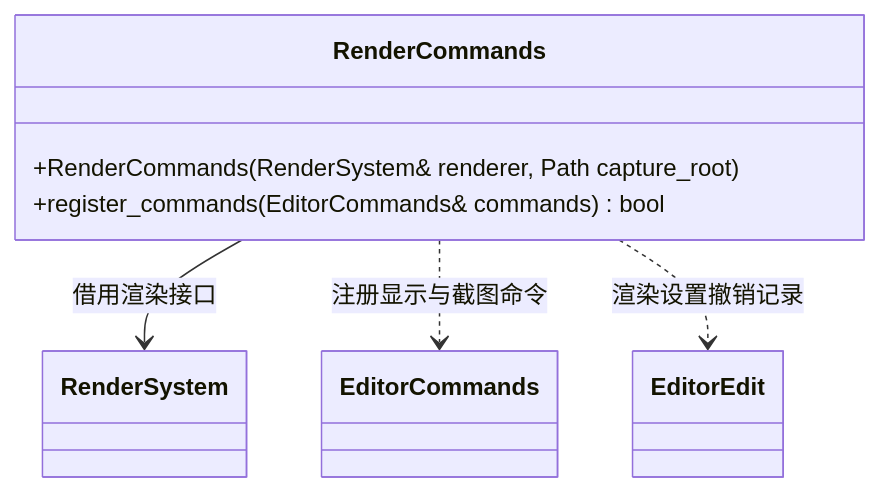
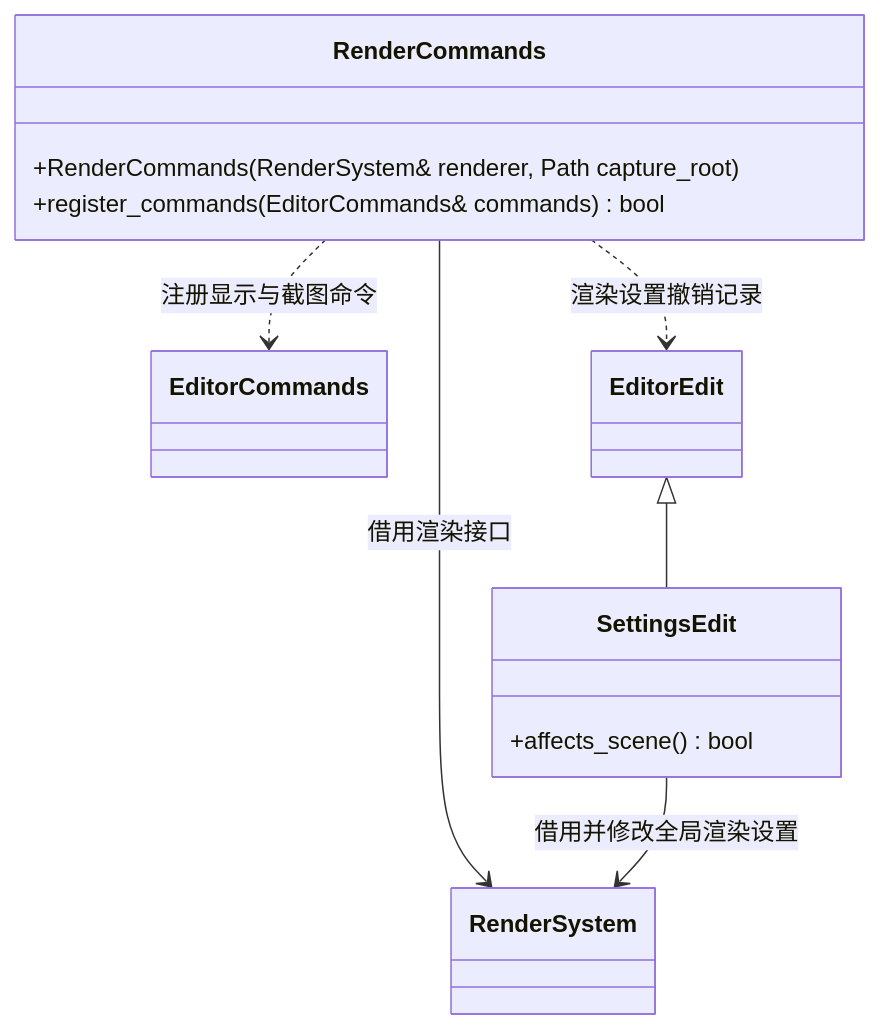
The diagram in docs/editor/class-diagrams/render-commands.md (lcals/Engine), drawn with Mermaid before and after one commit. The commit also changed other lines of this file and 93 other files, not shown here.

First line of the commit message:
feat(editor): add live scene preview and temple rendering support

````diff
--- a/docs/editor/class-diagrams/render-commands.md
+++ b/docs/editor/class-diagrams/render-commands.md
@@ -5,13 +5,18 @@
 ```mermaid
 classDiagram
     class RenderCommands {
         +RenderCommands(RenderSystem& renderer, Path capture_root)
         +register_commands(EditorCommands& commands) bool
     }
     class RenderSystem
     class EditorCommands
     class EditorEdit
+    class SettingsEdit {
+        +affects_scene() bool
+    }
     RenderCommands --> RenderSystem : 借用渲染接口
     RenderCommands ..> EditorCommands : 注册显示与截图命令
     RenderCommands ..> EditorEdit : 渲染设置撤销记录
+    EditorEdit <|-- SettingsEdit
+    SettingsEdit --> RenderSystem : 借用并修改全局渲染设置
 ```
````
